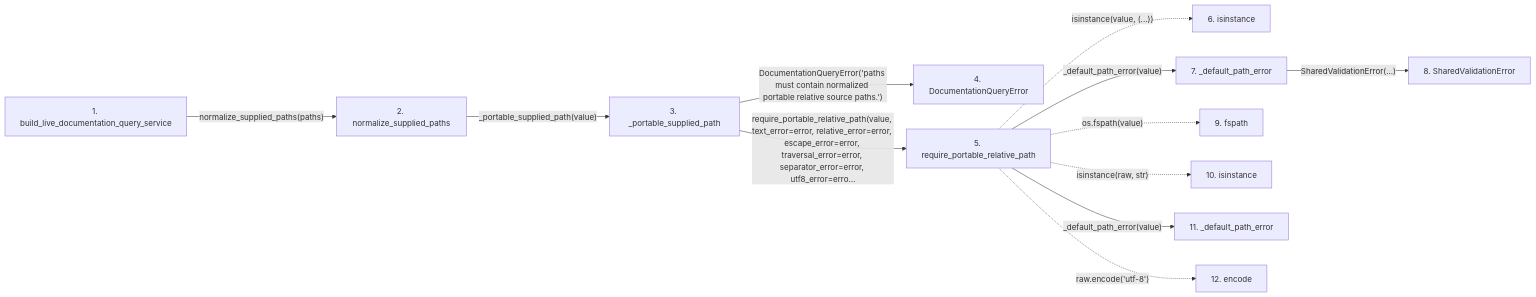
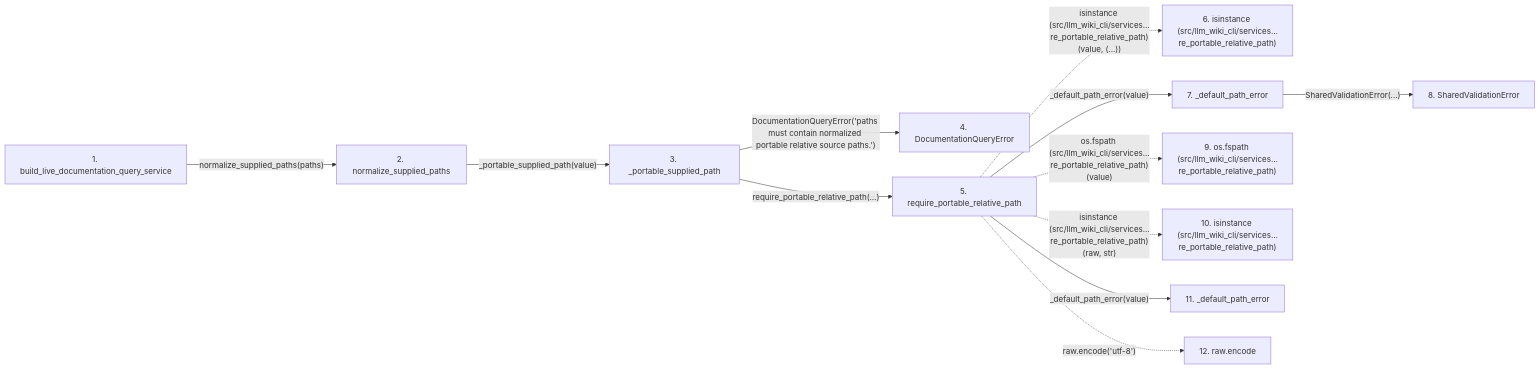
Before and after one commit to Denissvgn/python-wiki-llm: the second of 2 diagrams in docs/llm_wiki/flows/api-build_live_documentation_query_service.md, drawn with Mermaid. The commit also changed other lines of this file and 719 other files, not shown here.

````diff
--- a/docs/llm_wiki/flows/api-build_live_documentation_query_service.md
+++ b/docs/llm_wiki/flows/api-build_live_documentation_query_service.md
@@ -79,34 +85,34 @@
 ```mermaid
 flowchart LR
     s1["1. build_live_documentation_query_service"]
     s2["2. normalize_supplied_paths"]
     s3["3. _portable_supplied_path"]
     s4["4. DocumentationQueryError"]
     s5["5. require_portable_relative_path"]
-    s6["6. isinstance"]
+    s6["6. isinstance (src/llm_wiki_cli/services…re_portable_relative_path)"]
     s7["7. _default_path_error"]
     s8["8. SharedValidationError"]
-    s9["9. fspath"]
-    s10["10. isinstance"]
+    s9["9. os.fspath (src/llm_wiki_cli/services…re_portable_relative_path)"]
+    s10["10. isinstance (src/llm_wiki_cli/services…re_portable_relative_path)"]
     s11["11. _default_path_error"]
-    s12["12. encode"]
+    s12["12. raw.encode"]
     s1 -->|"normalize_supplied_paths(paths)"| s2
     s2 -->|"_portable_supplied_path(value)"| s3
     s3 -->|"DocumentationQueryError('paths must contain normalized portable relative source paths.')"| s4
-    s3 -->|"require_portable_relative_path(value, text_error=error, relative_error=error, escape_error=error, traversal_error=error, separator_error=error, utf8_error=erro…"| s5
-    s5 -. "isinstance(value, (...))" .-> s6
+    s3 -->|"require_portable_relative_path(…)"| s5
+    s5 -. "isinstance (src/llm_wiki_cli/services…re_portable_relative_path)(value, (...))" .-> s6
     s5 -->|"_default_path_error(value)"| s7
     s7 -->|"SharedValidationError(...)"| s8
-    s5 -. "os.fspath(value)" .-> s9
-    s5 -. "isinstance(raw, str)" .-> s10
+    s5 -. "os.fspath (src/llm_wiki_cli/services…re_portable_relative_path)(value)" .-> s9
+    s5 -. "isinstance (src/llm_wiki_cli/services…re_portable_relative_path)(raw, str)" .-> s10
     s5 -->|"_default_path_error(value)"| s11
     s5 -. "raw.encode('utf-8')" .-> s12
     click s1 "../modules/documentation_query_builder.md"
     click s2 "../modules/documentation_query_builder.md"
     click s3 "../modules/documentation_query_builder.md"
     click s4 "../modules/documentation_queries.md"
     click s5 "../modules/validation.md"
     click s7 "../modules/validation.md"
     click s8 "../modules/validation.md"
     click s11 "../modules/validation.md"
 ```
````
